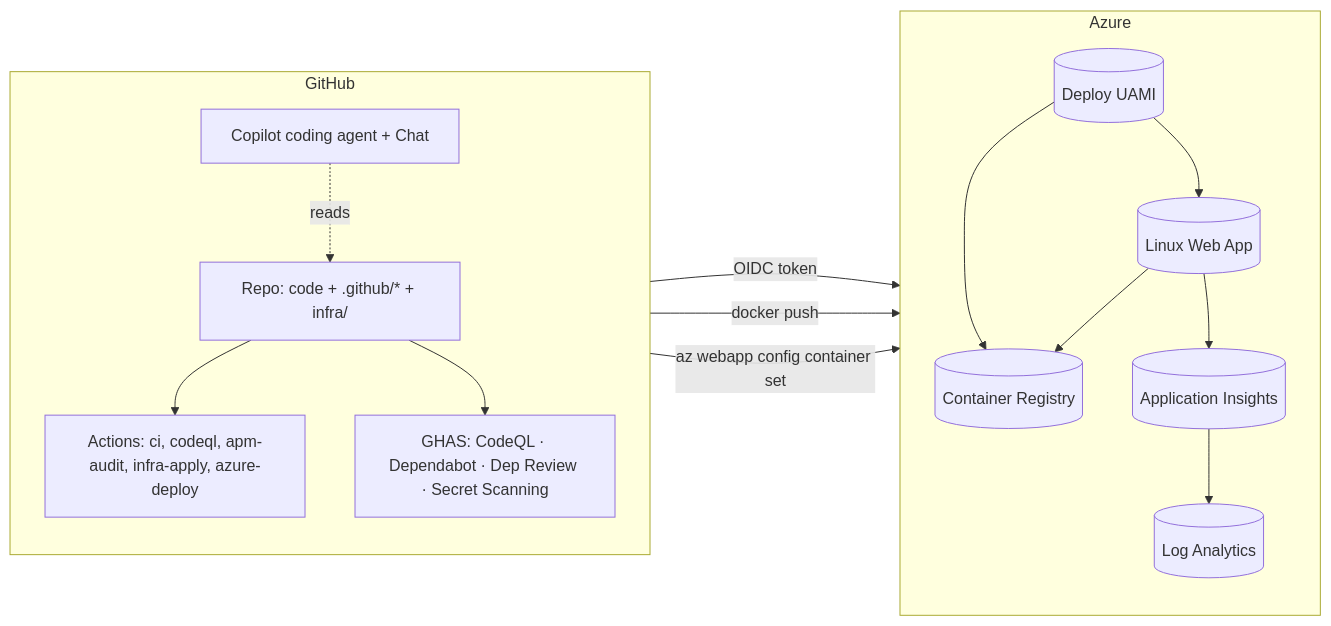
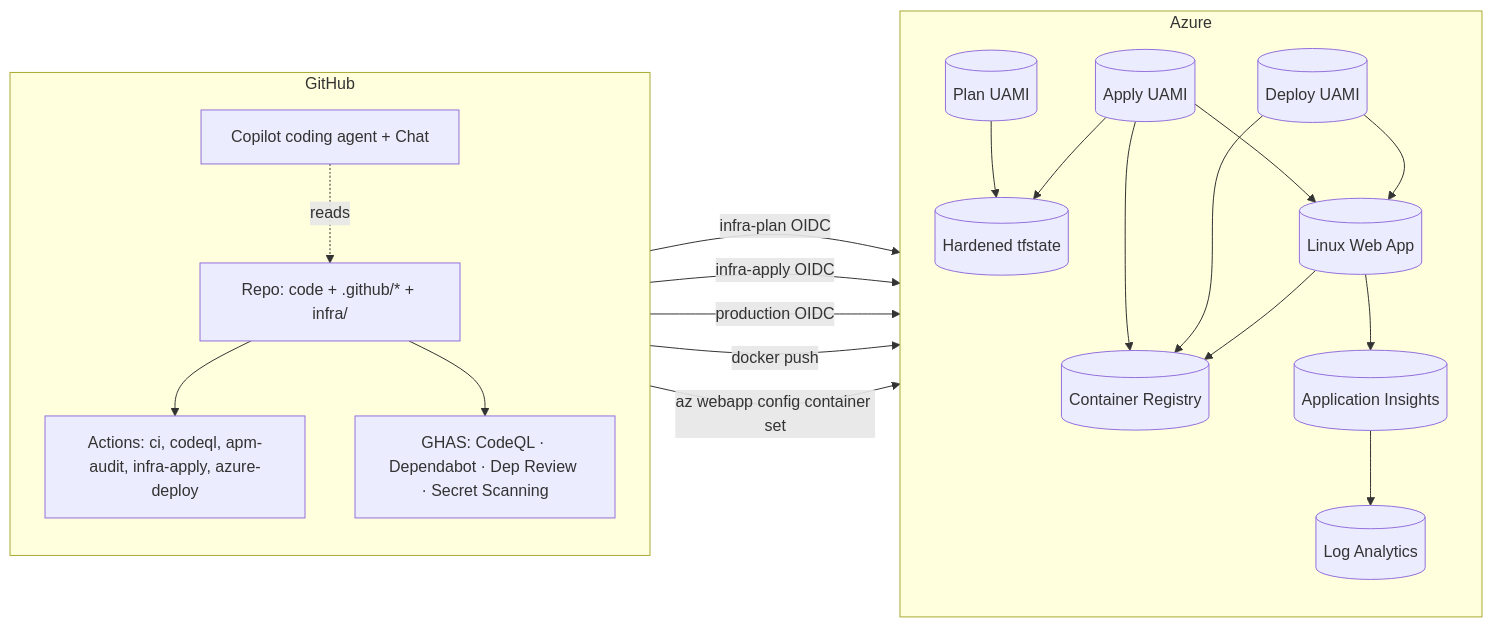
One commit to VeVarunSharma/github-agentic-sdlc-starter-pack changed the diagram in docs/architecture.md. Above: the diagram before and after it, drawn with Mermaid. The commit also changed other lines of this file and 30 other files, not shown here.

````diff
--- a/docs/architecture.md
+++ b/docs/architecture.md
@@ -10,29 +10,38 @@
 ```mermaid
 flowchart LR
   subgraph GitHub["GitHub"]
     direction TB
     Repo[Repo: code + .github/* + infra/]
     Actions[Actions: ci, codeql, apm-audit, infra-apply, azure-deploy]
     GHAS[GHAS: CodeQL · Dependabot · Dep Review · Secret Scanning]
     Copilot[Copilot coding agent + Chat]
     Repo --> Actions
     Repo --> GHAS
     Copilot -.reads.-> Repo
   end
   subgraph Azure["Azure"]
     direction TB
-    UAMI[(Deploy UAMI)]
+    PlanID[(Plan UAMI)]
+    ApplyID[(Apply UAMI)]
+    DeployID[(Deploy UAMI)]
+    State[(Hardened tfstate)]
     ACR[(Container Registry)]
     App[(Linux Web App)]
     LAW[(Log Analytics)]
     AppI[(Application Insights)]
-    UAMI --> ACR
-    UAMI --> App
+    PlanID --> State
+    ApplyID --> State
+    ApplyID --> ACR
+    ApplyID --> App
+    DeployID --> ACR
+    DeployID --> App
     App --> ACR
     App --> AppI
     AppI --> LAW
   end
-  Actions -- OIDC token --> UAMI
+  Actions -- infra-plan OIDC --> PlanID
+  Actions -- infra-apply OIDC --> ApplyID
+  Actions -- production OIDC --> DeployID
   Actions -- docker push --> ACR
   Actions -- az webapp config container set --> App
 ```
````
